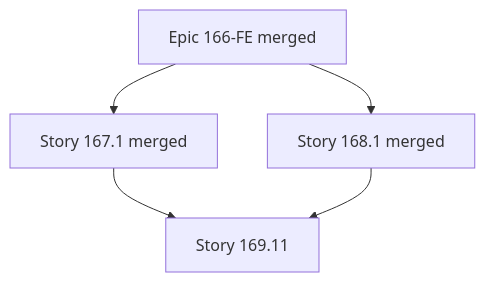
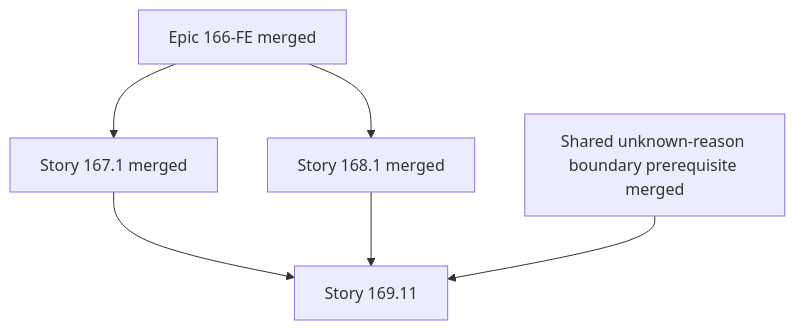
Before and after one commit to salacoste/wb-erp-system-daytona-FE: the diagram in .omx/plans/169.11-migrate-returns-analytics.md, drawn with Mermaid. The commit also changed other lines of this file and 2 other files, not shown here.

First line of the commit message:
docs(story): harden 169.11 context — unknown-reason shared prerequisite blocker

````diff
--- a/.omx/plans/169.11-migrate-returns-analytics.md
+++ b/.omx/plans/169.11-migrate-returns-analytics.md
@@ -44,8 +45,9 @@
 ```mermaid
 flowchart TD
   E166["Epic 166-FE merged"] --> S167_1["Story 167.1 merged"]
   E166 --> S168_1["Story 168.1 merged"]
   S167_1 --> THIS["Story 169.11"]
   S168_1 --> THIS
+  UNKNOWN["Shared unknown-reason boundary prerequisite merged"] --> THIS
 
 ```
````
